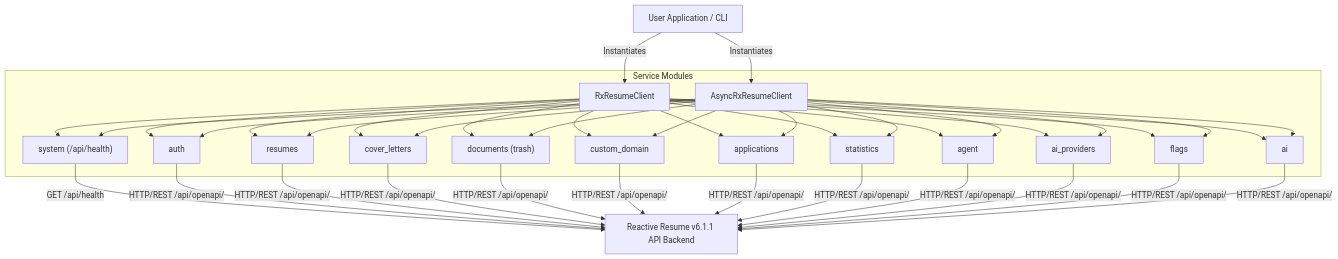
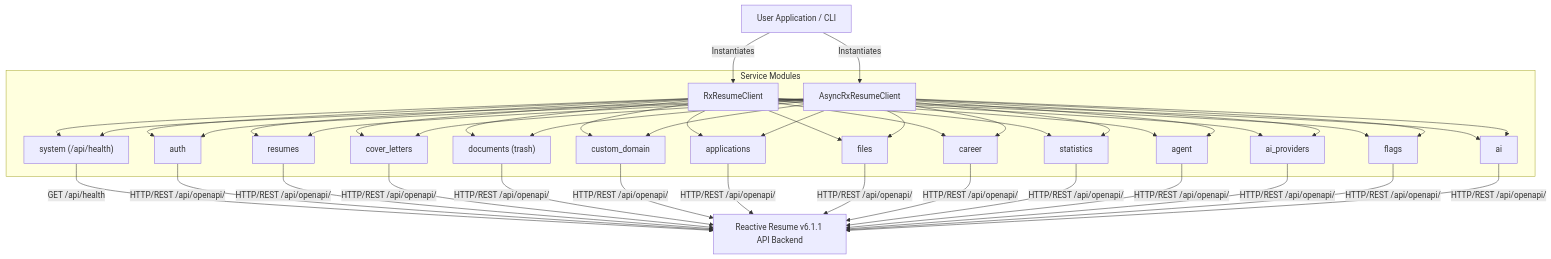
Before and after one commit to AtaCanYmc/reactive-resume-api-client-py: the diagram in README.md, drawn with Mermaid. The commit also changed other lines of this file and 11 other files, not shown here.

````diff
--- a/README.md
+++ b/README.md
@@ -45,23 +45,25 @@
 ```mermaid
 flowchart TD
     UserApp["User Application / CLI"] -->|Instantiates| SyncClient["RxResumeClient"]
     UserApp -->|Instantiates| AsyncClient["AsyncRxResumeClient"]
 
     subgraph ServiceModules["Service Modules"]
         SyncClient & AsyncClient --> System["system (/api/health)"]
         SyncClient & AsyncClient --> Auth["auth"]
         SyncClient & AsyncClient --> Resumes["resumes"]
         SyncClient & AsyncClient --> CoverLetters["cover_letters"]
         SyncClient & AsyncClient --> Documents["documents (trash)"]
         SyncClient & AsyncClient --> CustomDomain["custom_domain"]
         SyncClient & AsyncClient --> Applications["applications"]
+        SyncClient & AsyncClient --> Files["files"]
+        SyncClient & AsyncClient --> Career["career"]
         SyncClient & AsyncClient --> Stats["statistics"]
         SyncClient & AsyncClient --> Agent["agent"]
         SyncClient & AsyncClient --> AIProviders["ai_providers"]
         SyncClient & AsyncClient --> Flags["flags"]
         SyncClient & AsyncClient --> AI["ai"]
     end
 
     System -->|GET /api/health| Backend["Reactive Resume v6.1.1 API Backend"]
-    Auth & Resumes & CoverLetters & Documents & CustomDomain & Applications & Stats & Agent & AIProviders & Flags & AI -->|HTTP/REST /api/openapi/| Backend
+    Auth & Resumes & CoverLetters & Documents & CustomDomain & Applications & Files & Career & Stats & Agent & AIProviders & Flags & AI -->|HTTP/REST /api/openapi/| Backend
 ```
````
